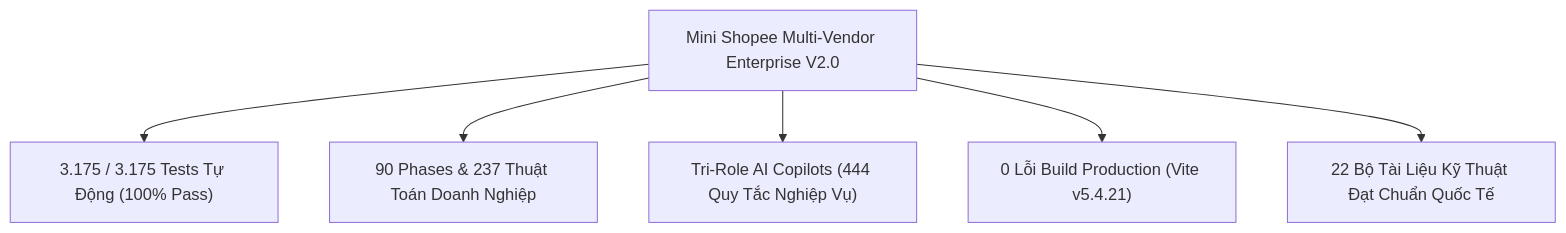
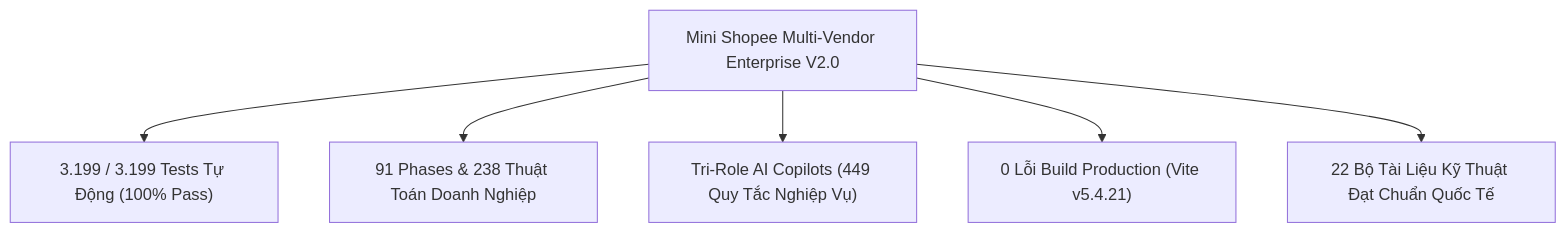
One commit to JiaysTM17/Fullstack-Ecommerce changed the first of 2 diagrams in docs/DANH_MUC_HO_SO_BAN_GIAO_VA_TONG_QUAN_DU_AN.md. Above: the diagram before and after it, drawn with Mermaid. The commit also changed other lines of this file and 10 other files, not shown here.

````diff
--- a/docs/DANH_MUC_HO_SO_BAN_GIAO_VA_TONG_QUAN_DU_AN.md
+++ b/docs/DANH_MUC_HO_SO_BAN_GIAO_VA_TONG_QUAN_DU_AN.md
@@ -21,9 +21,9 @@
 ```mermaid
 graph TD
     System["Mini Shopee Multi-Vendor Enterprise V2.0"]
-    System --> Stat1["3.175 / 3.175 Tests Tự Động (100% Pass)"]
-    System --> Stat2["90 Phases & 237 Thuật Toán Doanh Nghiệp"]
-    System --> Stat3["Tri-Role AI Copilots (444 Quy Tắc Nghiệp Vụ)"]
+    System --> Stat1["3.199 / 3.199 Tests Tự Động (100% Pass)"]
+    System --> Stat2["91 Phases & 238 Thuật Toán Doanh Nghiệp"]
+    System --> Stat3["Tri-Role AI Copilots (449 Quy Tắc Nghiệp Vụ)"]
     System --> Stat4["0 Lỗi Build Production (Vite v5.4.21)"]
     System --> Stat5["22 Bộ Tài Liệu Kỹ Thuật Đạt Chuẩn Quốc Tế"]
 ```
````
